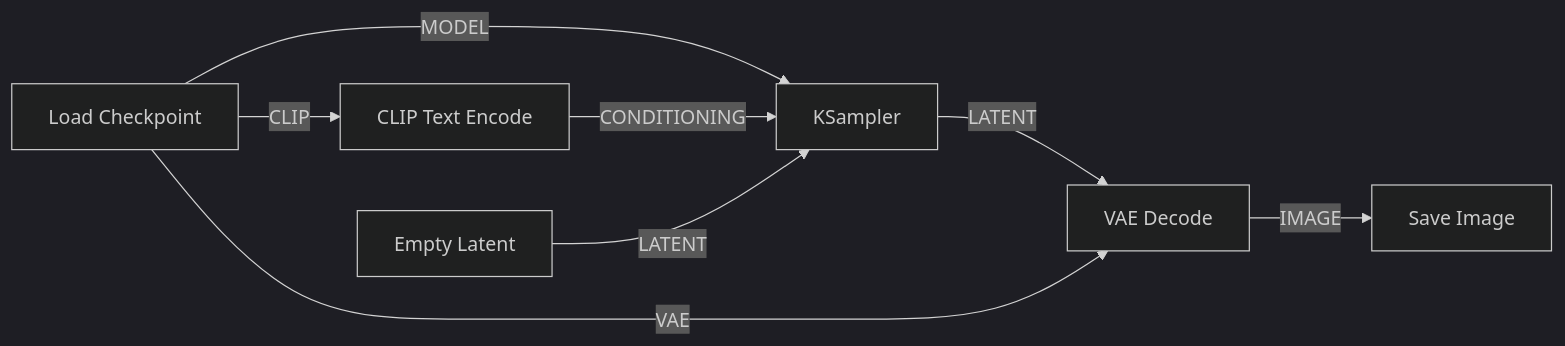
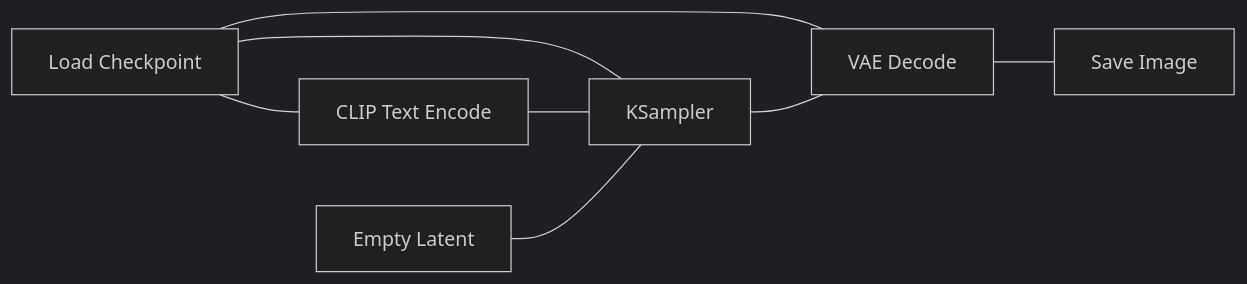
The diagram in docs/comfyui.md (Aatricks/Atelier-IA), drawn with Mermaid (dark theme) before and after one commit. The commit also changed other lines of this file and 4 other files, not shown here.

````diff
--- a/docs/comfyui.md
+++ b/docs/comfyui.md
@@ -54,17 +58,10 @@
 ```mermaid
 graph LR
-    CP[Load Checkpoint]
-    TE[CLIP Text Encode]
-    EL[Empty Latent]
-    KS[KSampler]
-    VD[VAE Decode]
-    SI[Save Image]
-
-    CP -- MODEL --> KS
-    CP -- CLIP --> TE
-    TE -- CONDITIONING --> KS
-    EL -- LATENT --> KS
-    KS -- LATENT --> VD
-    CP -- VAE --> VD
-    VD -- IMAGE --> SI
+    CP[Load Checkpoint] --- TE[CLIP Text Encode]
+    CP --- KS[KSampler]
+    CP --- VD[VAE Decode]
+    TE --- KS
+    EL[Empty Latent] --- KS
+    KS --- VD
+    VD --- SI[Save Image]
 ```
````
